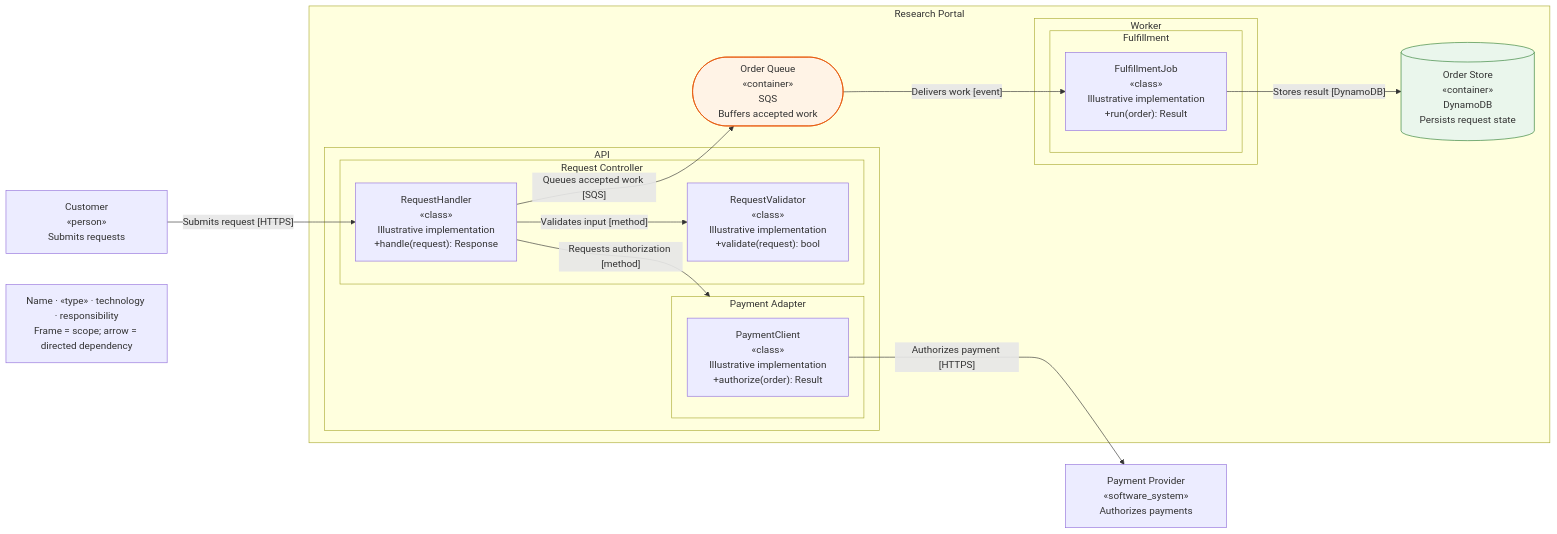
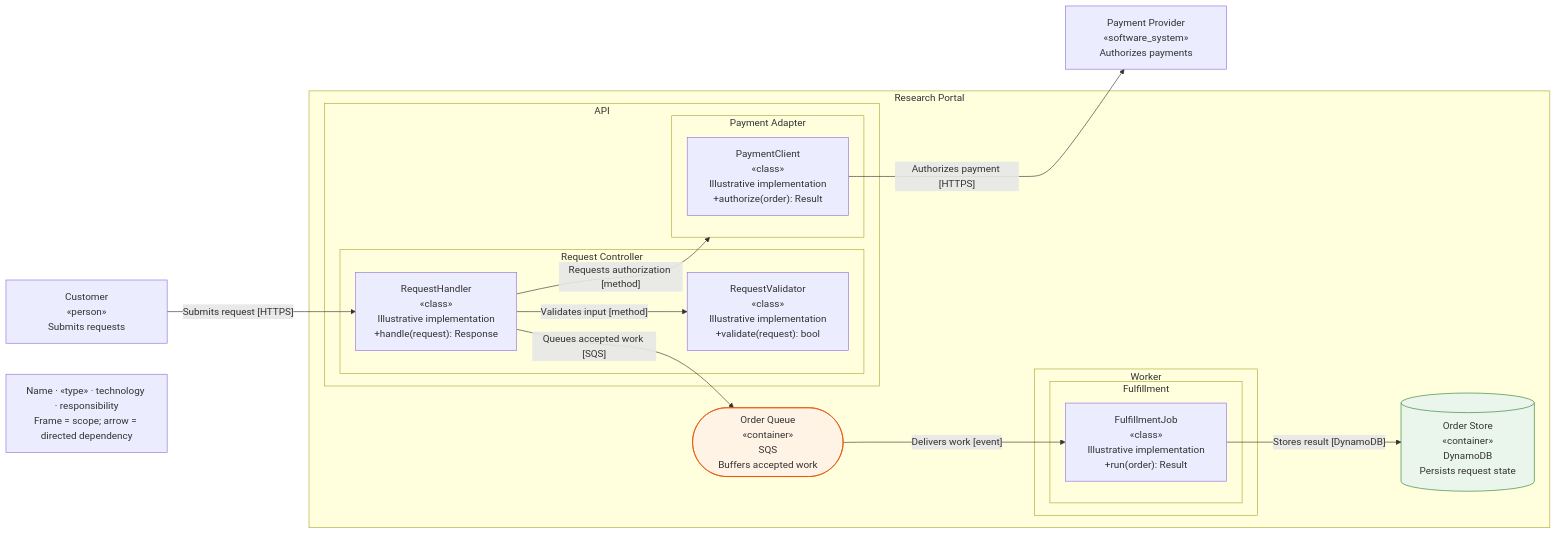
Before and after one commit to tyler59simon/architecture-suite-plugin: the diagram in examples/starter-systems/research-portal/05-overview/overview-complete.mmd, drawn with Mermaid. The commit also changed 363 other files, not shown here.

```diff
--- a/examples/starter-systems/research-portal/05-overview/overview-complete.mmd
+++ b/examples/starter-systems/research-portal/05-overview/overview-complete.mmd
@@ -1,32 +1,32 @@
 %% Architecture Suite schema 2.0; portable layout is independent of ELK
 flowchart LR
   n0["Customer#10;«person»#10;Submits requests"]
   n1["Payment Provider#10;«software_system»#10;Authorizes payments"]
   subgraph n2["Research Portal"]
     n3(["Order Queue#10;«container»#10;SQS#10;Buffers accepted work"])
     style n3 fill:#fff3e6,stroke:#e65100
     n4[("Order Store#10;«container»#10;DynamoDB#10;Persists request state")]
     style n4 fill:#eaf6ec,stroke:#2e7d32
-    subgraph n5["Worker"]
-      subgraph n6["Fulfillment"]
-        n7["FulfillmentJob#10;«class»#10;Illustrative implementation#10;+run(order): Result"]
+    subgraph n5["API"]
+      subgraph n6["Request Controller"]
+        n7["RequestHandler#10;«class»#10;Illustrative implementation#10;+handle(request): Response"]
+        n8["RequestValidator#10;«class»#10;Illustrative implementation#10;+validate(request): bool"]
       end
-    end
-    subgraph n8["API"]
       subgraph n9["Payment Adapter"]
         n10["PaymentClient#10;«class»#10;Illustrative implementation#10;+authorize(order): Result"]
       end
-      subgraph n11["Request Controller"]
-        n12["RequestHandler#10;«class»#10;Illustrative implementation#10;+handle(request): Response"]
-        n13["RequestValidator#10;«class»#10;Illustrative implementation#10;+validate(request): bool"]
+    end
+    subgraph n11["Worker"]
+      subgraph n12["Fulfillment"]
+        n13["FulfillmentJob#10;«class»#10;Illustrative implementation#10;+run(order): Result"]
       end
     end
   end
-  n0 -->|"Submits request #91;HTTPS#93;"| n12
+  n0 -->|"Submits request #91;HTTPS#93;"| n7
   n10 -->|"Authorizes payment #91;HTTPS#93;"| n1
-  n12 -->|"Queues accepted work #91;SQS#93;"| n3
-  n3 -->|"Delivers work #91;event#93;"| n7
-  n7 -->|"Stores result #91;DynamoDB#93;"| n4
-  n12 -->|"Requests authorization #91;method#93;"| n9
-  n12 -->|"Validates input #91;method#93;"| n13
+  n7 -->|"Queues accepted work #91;SQS#93;"| n3
+  n3 -->|"Delivers work #91;event#93;"| n13
+  n13 -->|"Stores result #91;DynamoDB#93;"| n4
+  n7 -->|"Requests authorization #91;method#93;"| n9
+  n7 -->|"Validates input #91;method#93;"| n8
   notation_key["Name · «type» · technology · responsibility#10;Frame = scope; arrow = directed dependency"]
```
